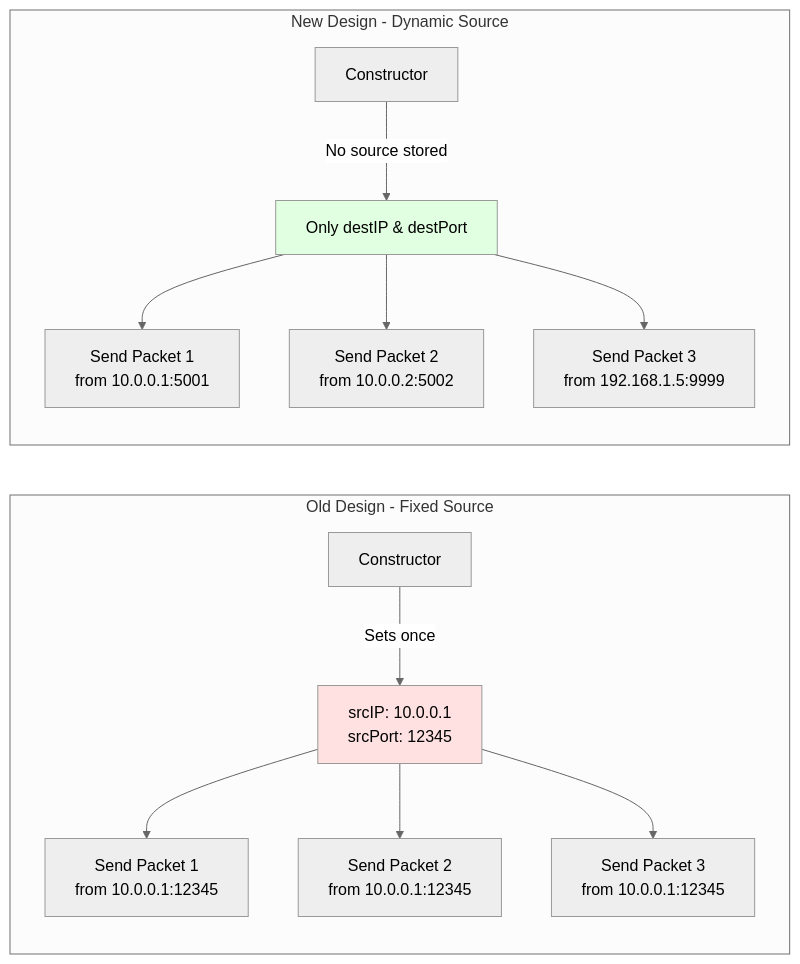
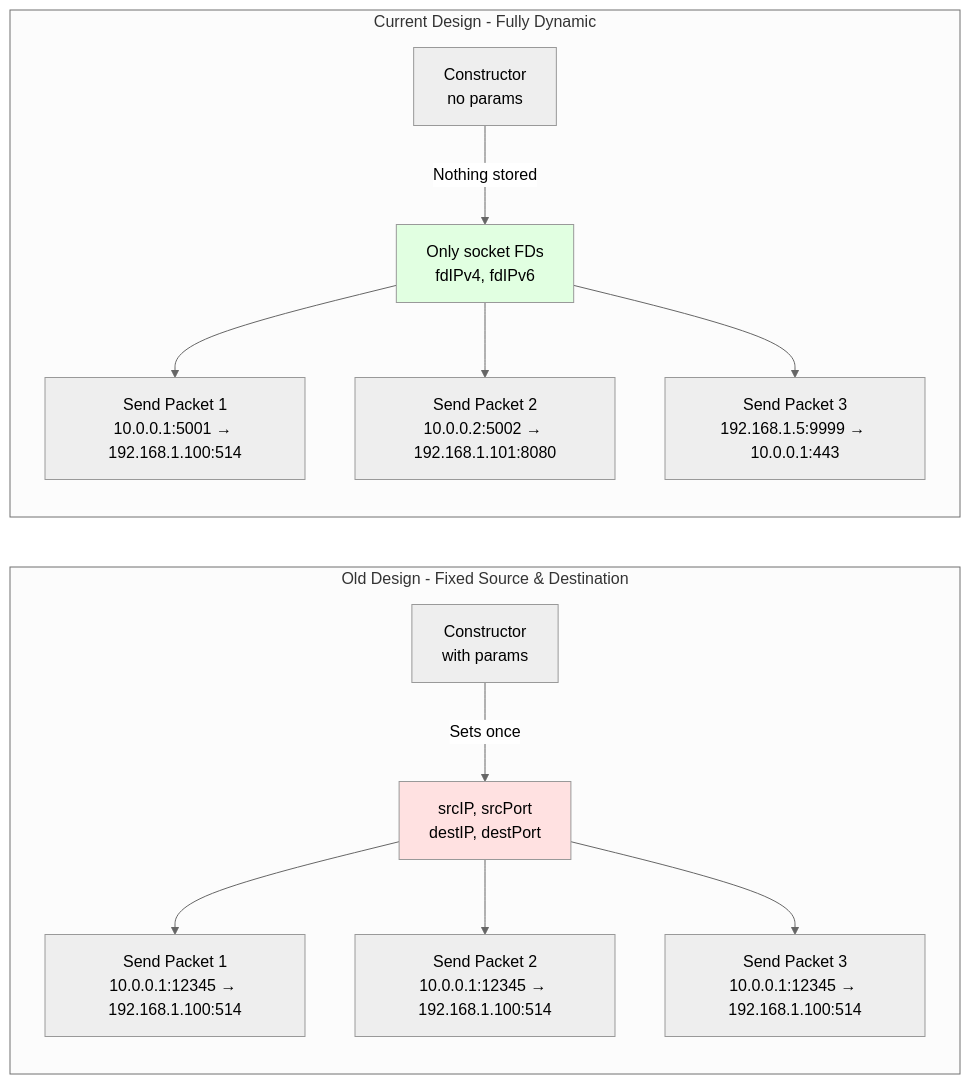
The fifth of 8 diagrams in DESIGN.md (rgnv/udp-sender), drawn with Mermaid (neutral theme) before and after one commit. The commit also changed other lines of this file and 13 other files, not shown here.

````diff
--- a/DESIGN.md
+++ b/DESIGN.md
@@ -284,18 +277,18 @@
 ```mermaid
 graph LR
-    subgraph "Old Design - Fixed Source"
-        A1[Constructor] -->|Sets once| B1[srcIP: 10.0.0.1<br/>srcPort: 12345]
-        B1 --> C1[Send Packet 1<br/>from 10.0.0.1:12345]
-        B1 --> D1[Send Packet 2<br/>from 10.0.0.1:12345]
-        B1 --> E1[Send Packet 3<br/>from 10.0.0.1:12345]
+    subgraph "Old Design - Fixed Source & Destination"
+        A1[Constructor<br/>with params] -->|Sets once| B1[srcIP, srcPort<br/>destIP, destPort]
+        B1 --> C1[Send Packet 1<br/>10.0.0.1:12345 → 192.168.1.100:514]
+        B1 --> D1[Send Packet 2<br/>10.0.0.1:12345 → 192.168.1.100:514]
+        B1 --> E1[Send Packet 3<br/>10.0.0.1:12345 → 192.168.1.100:514]
         style B1 fill:#ffe1e1
     end
     
-    subgraph "New Design - Dynamic Source"
-        A2[Constructor] -->|No source stored| B2[Only destIP & destPort]
-        B2 --> C2[Send Packet 1<br/>from 10.0.0.1:5001]
-        B2 --> D2[Send Packet 2<br/>from 10.0.0.2:5002]
-        B2 --> E2[Send Packet 3<br/>from 192.168.1.5:9999]
+    subgraph "Current Design - Fully Dynamic"
+        A2[Constructor<br/>no params] -->|Nothing stored| B2[Only socket FDs<br/>fdIPv4, fdIPv6]
+        B2 --> C2[Send Packet 1<br/>10.0.0.1:5001 → 192.168.1.100:514]
+        B2 --> D2[Send Packet 2<br/>10.0.0.2:5002 → 192.168.1.101:8080]
+        B2 --> E2[Send Packet 3<br/>192.168.1.5:9999 → 10.0.0.1:443]
         style B2 fill:#e1ffe1
     end
 ```
````
